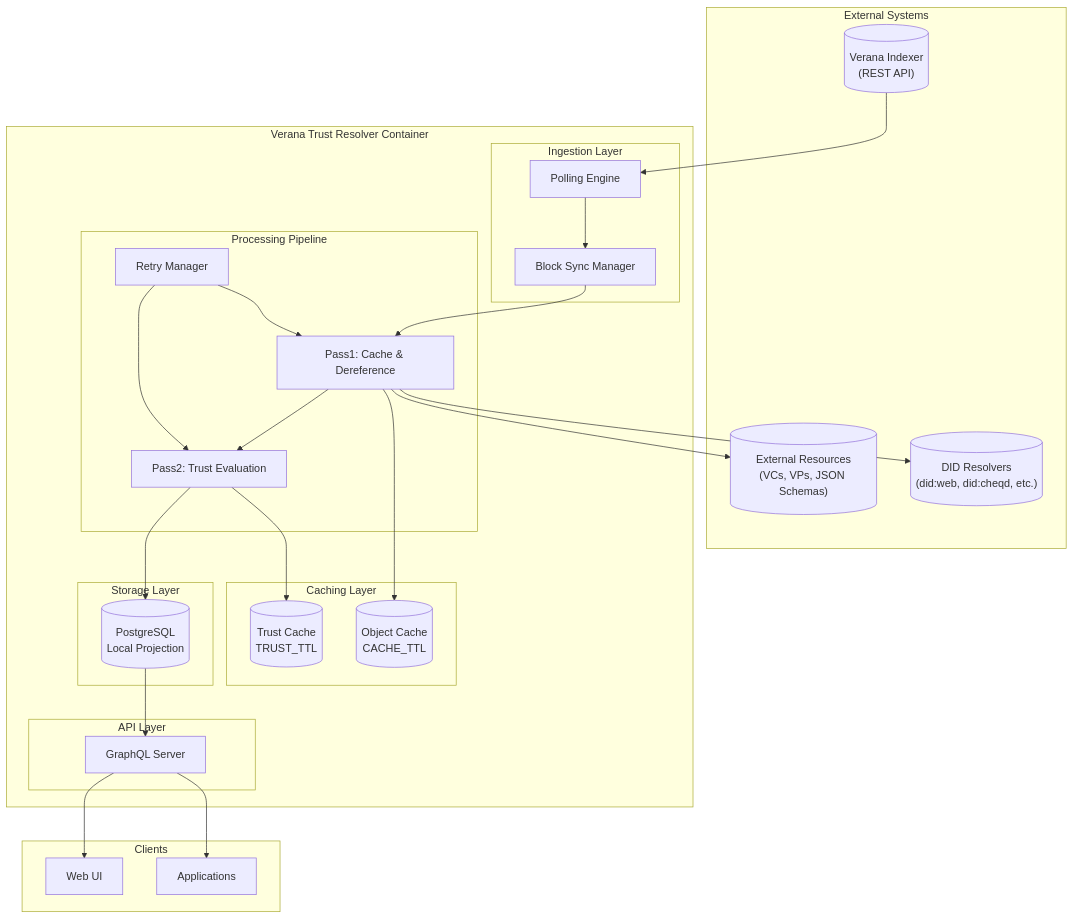
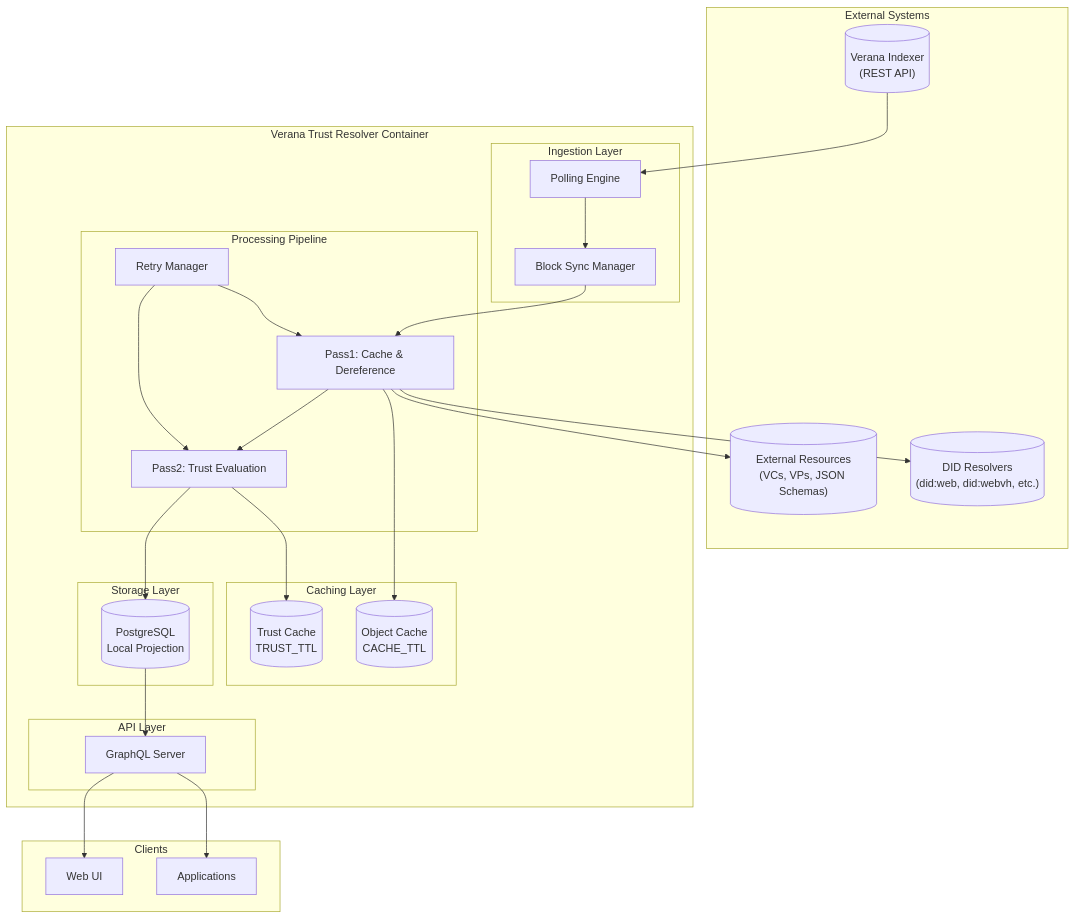
One commit to verana-labs/verana-resolver changed the first of 6 diagrams in implementation-plan.md. Above: the diagram before and after it, drawn with Mermaid. The commit also changed other lines of this file and 2 other files, not shown here.

````diff
--- a/implementation-plan.md
+++ b/implementation-plan.md
@@ -27,54 +27,54 @@
 ```mermaid
 flowchart TB
     subgraph External["External Systems"]
         IDX[("Verana Indexer<br/>(REST API)")]
-        DID[("DID Resolvers<br/>(did:web, did:cheqd, etc.)")]
+        DID[("DID Resolvers<br/>(did:web, did:webvh, etc.)")]
         EXT[("External Resources<br/>(VCs, VPs, JSON Schemas)")]
     end
 
     subgraph Resolver["Verana Trust Resolver Container"]
         subgraph Ingestion["Ingestion Layer"]
             POLL[Polling Engine]
             SYNC[Block Sync Manager]
         end
 
         subgraph Processing["Processing Pipeline"]
             P1[Pass1: Cache & Dereference]
             P2[Pass2: Trust Evaluation]
             RETRY[Retry Manager]
         end
 
         subgraph Cache["Caching Layer"]
             OBJ_CACHE[(Object Cache<br/>CACHE_TTL)]
             TRUST_CACHE[(Trust Cache<br/>TRUST_TTL)]
         end
 
         subgraph Storage["Storage Layer"]
             DB[(PostgreSQL<br/>Local Projection)]
         end
 
         subgraph API["API Layer"]
             GQL[GraphQL Server]
         end
     end
 
     subgraph Clients["Clients"]
         APP[Applications]
         UI[Web UI]
     end
 
     IDX --> POLL
     POLL --> SYNC
     SYNC --> P1
     P1 --> DID
     P1 --> EXT
     P1 --> OBJ_CACHE
     P1 --> P2
     P2 --> TRUST_CACHE
     P2 --> DB
     RETRY --> P1
     RETRY --> P2
     DB --> GQL
     GQL --> APP
     GQL --> UI
 ```
````
